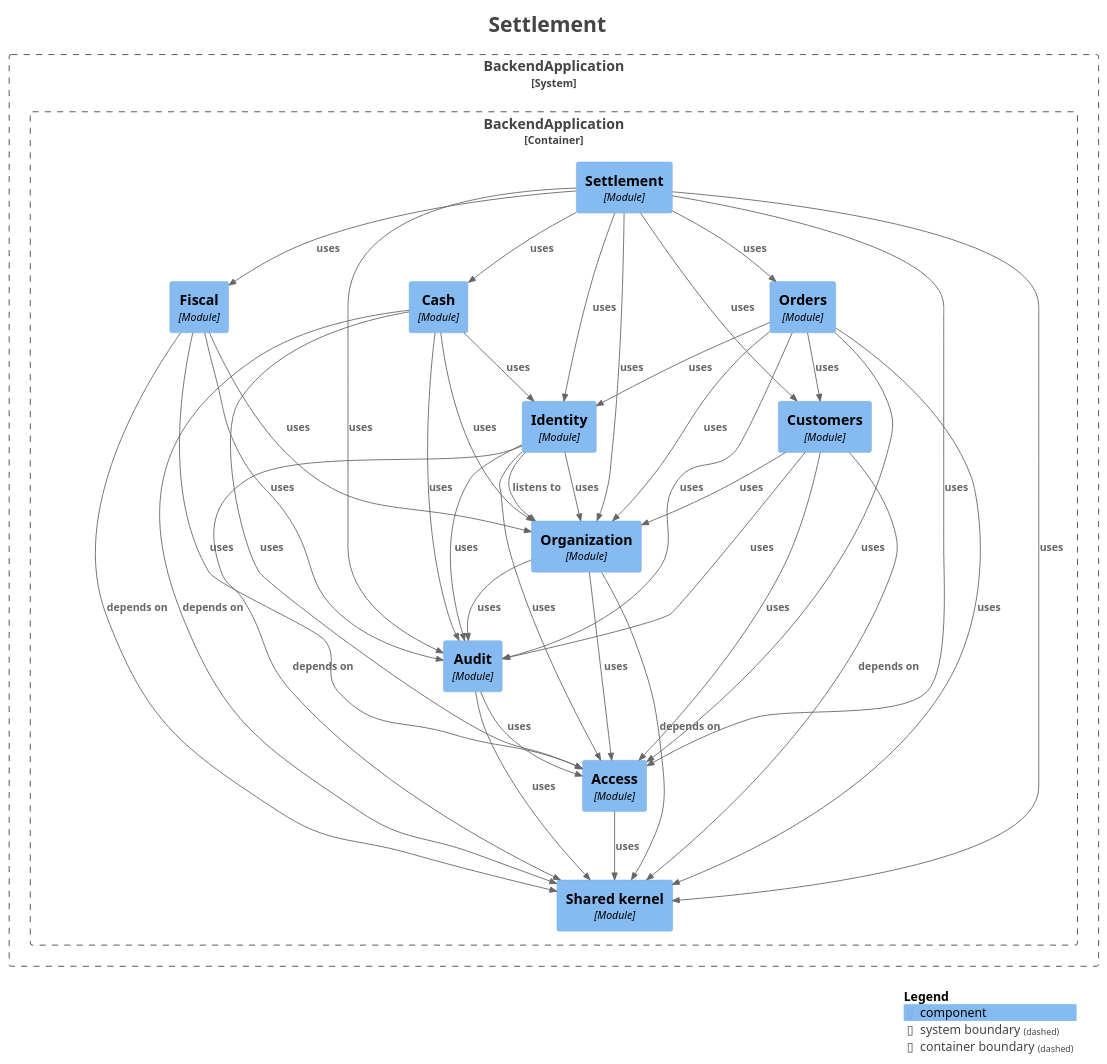
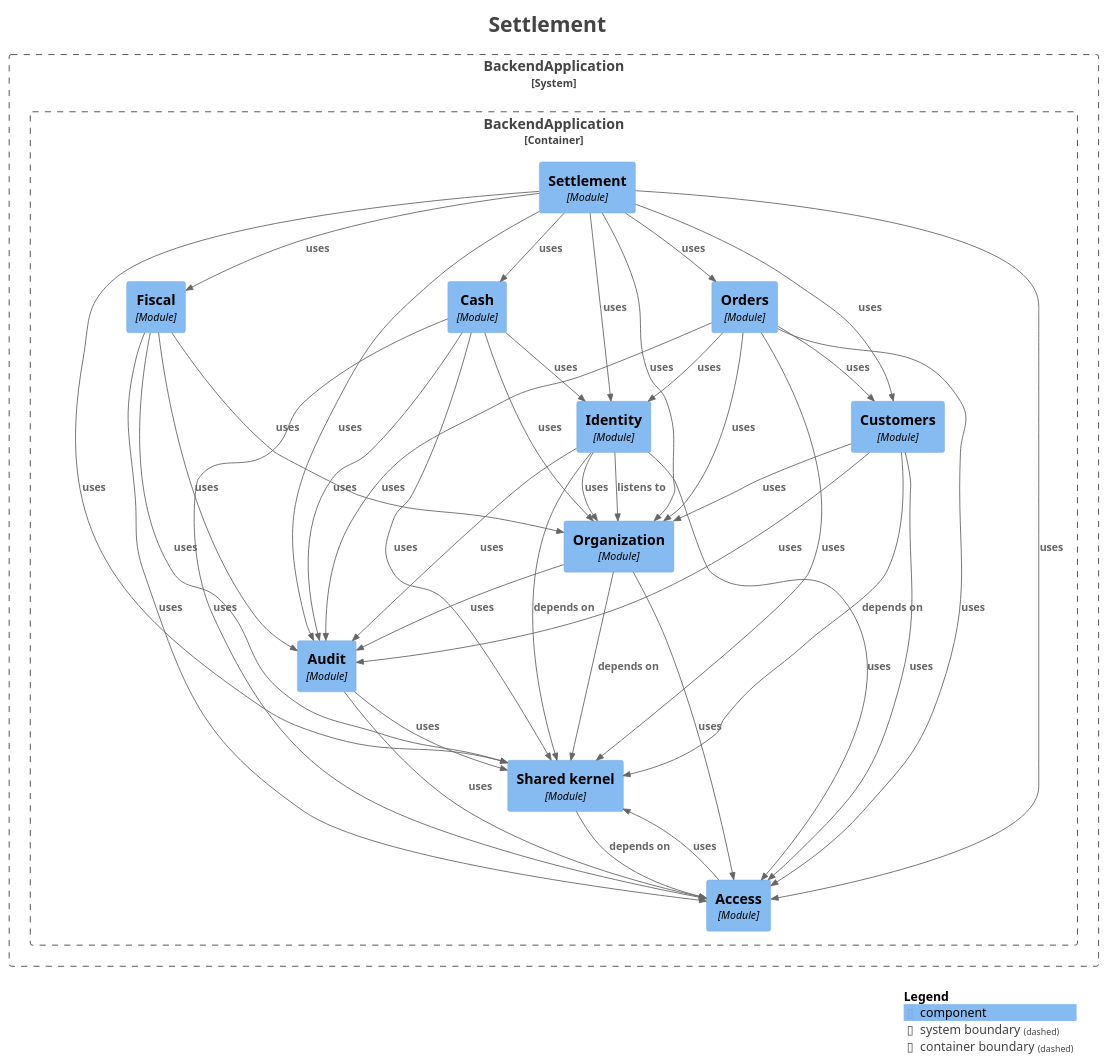
The diagram in docs/architecture/modules/module-settlement.puml (fxavier/restaurantePRO), drawn with PlantUML before and after one commit. The commit also changed 33 other files, not shown here.

```diff
--- a/docs/architecture/modules/module-settlement.puml
+++ b/docs/architecture/modules/module-settlement.puml
@@ -1,76 +1,77 @@
 @startuml
 title <size:24>Settlement</size>
 
 set separator none
 top to bottom direction
 
 <style>
   root {
     BackgroundColor: #ffffff
     FontColor: #444444
   }
 </style>
 
 !include <C4/C4>
 !include <C4/C4_Context>
 !include <C4/C4_Component>
 
 System_Boundary("BackendApplication_boundary", "BackendApplication", $tags="") {
   Container_Boundary("BackendApplication.BackendApplication_boundary", "BackendApplication", $tags="") {
     Component(BackendApplication.BackendApplication.Fiscal, "Fiscal", $techn="Module", $descr="", $tags="", $link="")
     Component(BackendApplication.BackendApplication.Identity, "Identity", $techn="Module", $descr="", $tags="", $link="")
-    Component(BackendApplication.BackendApplication.Cash, "Cash", $techn="Module", $descr="", $tags="", $link="")
     Component(BackendApplication.BackendApplication.Orders, "Orders", $techn="Module", $descr="", $tags="", $link="")
+    Component(BackendApplication.BackendApplication.Organization, "Organization", $techn="Module", $descr="", $tags="", $link="")
     Component(BackendApplication.BackendApplication.Settlement, "Settlement", $techn="Module", $descr="", $tags="", $link="")
     Component(BackendApplication.BackendApplication.Sharedkernel, "Shared kernel", $techn="Module", $descr="", $tags="", $link="")
     Component(BackendApplication.BackendApplication.Access, "Access", $techn="Module", $descr="", $tags="", $link="")
     Component(BackendApplication.BackendApplication.Audit, "Audit", $techn="Module", $descr="", $tags="", $link="")
-    Component(BackendApplication.BackendApplication.Organization, "Organization", $techn="Module", $descr="", $tags="", $link="")
+    Component(BackendApplication.BackendApplication.Cash, "Cash", $techn="Module", $descr="", $tags="", $link="")
     Component(BackendApplication.BackendApplication.Customers, "Customers", $techn="Module", $descr="", $tags="", $link="")
   }
 
 }
 
-Rel(BackendApplication.BackendApplication.Orders, BackendApplication.BackendApplication.Access, "uses", $techn="", $tags="", $link="")
-Rel(BackendApplication.BackendApplication.Orders, BackendApplication.BackendApplication.Customers, "uses", $techn="", $tags="", $link="")
-Rel(BackendApplication.BackendApplication.Orders, BackendApplication.BackendApplication.Identity, "uses", $techn="", $tags="", $link="")
-Rel(BackendApplication.BackendApplication.Orders, BackendApplication.BackendApplication.Audit, "uses", $techn="", $tags="", $link="")
-Rel(BackendApplication.BackendApplication.Orders, BackendApplication.BackendApplication.Sharedkernel, "uses", $techn="", $tags="", $link="")
-Rel(BackendApplication.BackendApplication.Orders, BackendApplication.BackendApplication.Organization, "uses", $techn="", $tags="", $link="")
-Rel(BackendApplication.BackendApplication.Organization, BackendApplication.BackendApplication.Sharedkernel, "depends on", $techn="", $tags="", $link="")
-Rel(BackendApplication.BackendApplication.Organization, BackendApplication.BackendApplication.Audit, "uses", $techn="", $tags="", $link="")
-Rel(BackendApplication.BackendApplication.Organization, BackendApplication.BackendApplication.Access, "uses", $techn="", $tags="", $link="")
-Rel(BackendApplication.BackendApplication.Cash, BackendApplication.BackendApplication.Sharedkernel, "depends on", $techn="", $tags="", $link="")
-Rel(BackendApplication.BackendApplication.Cash, BackendApplication.BackendApplication.Access, "uses", $techn="", $tags="", $link="")
-Rel(BackendApplication.BackendApplication.Cash, BackendApplication.BackendApplication.Audit, "uses", $techn="", $tags="", $link="")
-Rel(BackendApplication.BackendApplication.Cash, BackendApplication.BackendApplication.Organization, "uses", $techn="", $tags="", $link="")
 Rel(BackendApplication.BackendApplication.Cash, BackendApplication.BackendApplication.Identity, "uses", $techn="", $tags="", $link="")
-Rel(BackendApplication.BackendApplication.Audit, BackendApplication.BackendApplication.Access, "uses", $techn="", $tags="", $link="")
-Rel(BackendApplication.BackendApplication.Audit, BackendApplication.BackendApplication.Sharedkernel, "uses", $techn="", $tags="", $link="")
-Rel(BackendApplication.BackendApplication.Fiscal, BackendApplication.BackendApplication.Sharedkernel, "depends on", $techn="", $tags="", $link="")
-Rel(BackendApplication.BackendApplication.Fiscal, BackendApplication.BackendApplication.Access, "uses", $techn="", $tags="", $link="")
-Rel(BackendApplication.BackendApplication.Fiscal, BackendApplication.BackendApplication.Organization, "uses", $techn="", $tags="", $link="")
-Rel(BackendApplication.BackendApplication.Fiscal, BackendApplication.BackendApplication.Audit, "uses", $techn="", $tags="", $link="")
-Rel(BackendApplication.BackendApplication.Access, BackendApplication.BackendApplication.Sharedkernel, "uses", $techn="", $tags="", $link="")
-Rel(BackendApplication.BackendApplication.Identity, BackendApplication.BackendApplication.Organization, "listens to", $techn="", $tags="", $link="")
-Rel(BackendApplication.BackendApplication.Identity, BackendApplication.BackendApplication.Sharedkernel, "depends on", $techn="", $tags="", $link="")
-Rel(BackendApplication.BackendApplication.Identity, BackendApplication.BackendApplication.Access, "uses", $techn="", $tags="", $link="")
-Rel(BackendApplication.BackendApplication.Identity, BackendApplication.BackendApplication.Audit, "uses", $techn="", $tags="", $link="")
-Rel(BackendApplication.BackendApplication.Identity, BackendApplication.BackendApplication.Organization, "uses", $techn="", $tags="", $link="")
-Rel(BackendApplication.BackendApplication.Customers, BackendApplication.BackendApplication.Sharedkernel, "depends on", $techn="", $tags="", $link="")
-Rel(BackendApplication.BackendApplication.Customers, BackendApplication.BackendApplication.Access, "uses", $techn="", $tags="", $link="")
-Rel(BackendApplication.BackendApplication.Customers, BackendApplication.BackendApplication.Organization, "uses", $techn="", $tags="", $link="")
-Rel(BackendApplication.BackendApplication.Customers, BackendApplication.BackendApplication.Audit, "uses", $techn="", $tags="", $link="")
+Rel(BackendApplication.BackendApplication.Cash, BackendApplication.BackendApplication.Sharedkernel, "uses", $techn="", $tags="", $link="")
 Rel(BackendApplication.BackendApplication.Settlement, BackendApplication.BackendApplication.Cash, "uses", $techn="", $tags="", $link="")
 Rel(BackendApplication.BackendApplication.Settlement, BackendApplication.BackendApplication.Access, "uses", $techn="", $tags="", $link="")
 Rel(BackendApplication.BackendApplication.Settlement, BackendApplication.BackendApplication.Organization, "uses", $techn="", $tags="", $link="")
 Rel(BackendApplication.BackendApplication.Settlement, BackendApplication.BackendApplication.Orders, "uses", $techn="", $tags="", $link="")
 Rel(BackendApplication.BackendApplication.Settlement, BackendApplication.BackendApplication.Fiscal, "uses", $techn="", $tags="", $link="")
 Rel(BackendApplication.BackendApplication.Settlement, BackendApplication.BackendApplication.Customers, "uses", $techn="", $tags="", $link="")
+Rel(BackendApplication.BackendApplication.Settlement, BackendApplication.BackendApplication.Sharedkernel, "uses", $techn="", $tags="", $link="")
 Rel(BackendApplication.BackendApplication.Settlement, BackendApplication.BackendApplication.Audit, "uses", $techn="", $tags="", $link="")
 Rel(BackendApplication.BackendApplication.Settlement, BackendApplication.BackendApplication.Identity, "uses", $techn="", $tags="", $link="")
-Rel(BackendApplication.BackendApplication.Settlement, BackendApplication.BackendApplication.Sharedkernel, "uses", $techn="", $tags="", $link="")
+Rel(BackendApplication.BackendApplication.Fiscal, BackendApplication.BackendApplication.Access, "uses", $techn="", $tags="", $link="")
+Rel(BackendApplication.BackendApplication.Fiscal, BackendApplication.BackendApplication.Organization, "uses", $techn="", $tags="", $link="")
+Rel(BackendApplication.BackendApplication.Fiscal, BackendApplication.BackendApplication.Sharedkernel, "uses", $techn="", $tags="", $link="")
+Rel(BackendApplication.BackendApplication.Fiscal, BackendApplication.BackendApplication.Audit, "uses", $techn="", $tags="", $link="")
+Rel(BackendApplication.BackendApplication.Identity, BackendApplication.BackendApplication.Organization, "listens to", $techn="", $tags="", $link="")
+Rel(BackendApplication.BackendApplication.Identity, BackendApplication.BackendApplication.Sharedkernel, "depends on", $techn="", $tags="", $link="")
+Rel(BackendApplication.BackendApplication.Identity, BackendApplication.BackendApplication.Access, "uses", $techn="", $tags="", $link="")
+Rel(BackendApplication.BackendApplication.Identity, BackendApplication.BackendApplication.Audit, "uses", $techn="", $tags="", $link="")
+Rel(BackendApplication.BackendApplication.Identity, BackendApplication.BackendApplication.Organization, "uses", $techn="", $tags="", $link="")
+Rel(BackendApplication.BackendApplication.Orders, BackendApplication.BackendApplication.Access, "uses", $techn="", $tags="", $link="")
+Rel(BackendApplication.BackendApplication.Orders, BackendApplication.BackendApplication.Customers, "uses", $techn="", $tags="", $link="")
+Rel(BackendApplication.BackendApplication.Orders, BackendApplication.BackendApplication.Identity, "uses", $techn="", $tags="", $link="")
+Rel(BackendApplication.BackendApplication.Orders, BackendApplication.BackendApplication.Sharedkernel, "uses", $techn="", $tags="", $link="")
+Rel(BackendApplication.BackendApplication.Orders, BackendApplication.BackendApplication.Audit, "uses", $techn="", $tags="", $link="")
+Rel(BackendApplication.BackendApplication.Orders, BackendApplication.BackendApplication.Organization, "uses", $techn="", $tags="", $link="")
+Rel(BackendApplication.BackendApplication.Sharedkernel, BackendApplication.BackendApplication.Access, "depends on", $techn="", $tags="", $link="")
+Rel(BackendApplication.BackendApplication.Organization, BackendApplication.BackendApplication.Sharedkernel, "depends on", $techn="", $tags="", $link="")
+Rel(BackendApplication.BackendApplication.Organization, BackendApplication.BackendApplication.Audit, "uses", $techn="", $tags="", $link="")
+Rel(BackendApplication.BackendApplication.Organization, BackendApplication.BackendApplication.Access, "uses", $techn="", $tags="", $link="")
+Rel(BackendApplication.BackendApplication.Access, BackendApplication.BackendApplication.Sharedkernel, "uses", $techn="", $tags="", $link="")
+Rel(BackendApplication.BackendApplication.Customers, BackendApplication.BackendApplication.Sharedkernel, "depends on", $techn="", $tags="", $link="")
+Rel(BackendApplication.BackendApplication.Customers, BackendApplication.BackendApplication.Access, "uses", $techn="", $tags="", $link="")
+Rel(BackendApplication.BackendApplication.Customers, BackendApplication.BackendApplication.Organization, "uses", $techn="", $tags="", $link="")
+Rel(BackendApplication.BackendApplication.Customers, BackendApplication.BackendApplication.Audit, "uses", $techn="", $tags="", $link="")
+Rel(BackendApplication.BackendApplication.Audit, BackendApplication.BackendApplication.Access, "uses", $techn="", $tags="", $link="")
+Rel(BackendApplication.BackendApplication.Audit, BackendApplication.BackendApplication.Sharedkernel, "uses", $techn="", $tags="", $link="")
+Rel(BackendApplication.BackendApplication.Cash, BackendApplication.BackendApplication.Access, "uses", $techn="", $tags="", $link="")
+Rel(BackendApplication.BackendApplication.Cash, BackendApplication.BackendApplication.Audit, "uses", $techn="", $tags="", $link="")
+Rel(BackendApplication.BackendApplication.Cash, BackendApplication.BackendApplication.Organization, "uses", $techn="", $tags="", $link="")
 
 SHOW_LEGEND(true)
 hide stereotypes
 @enduml
```
